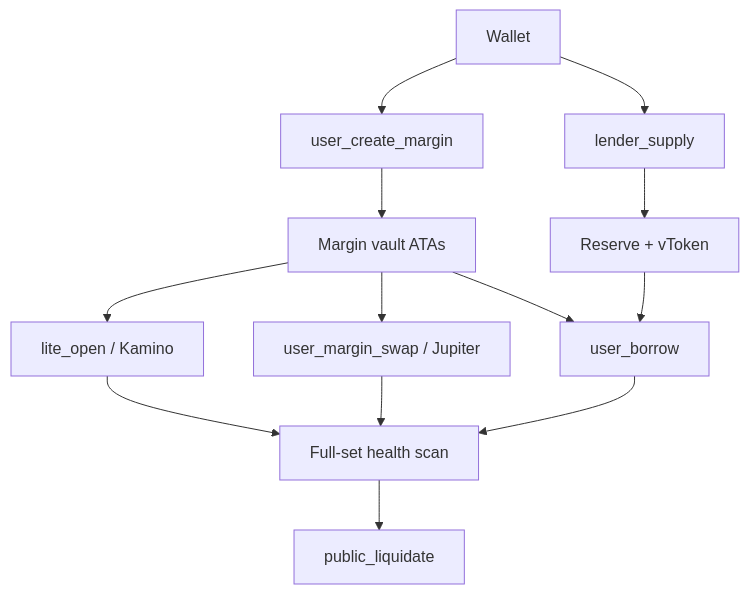
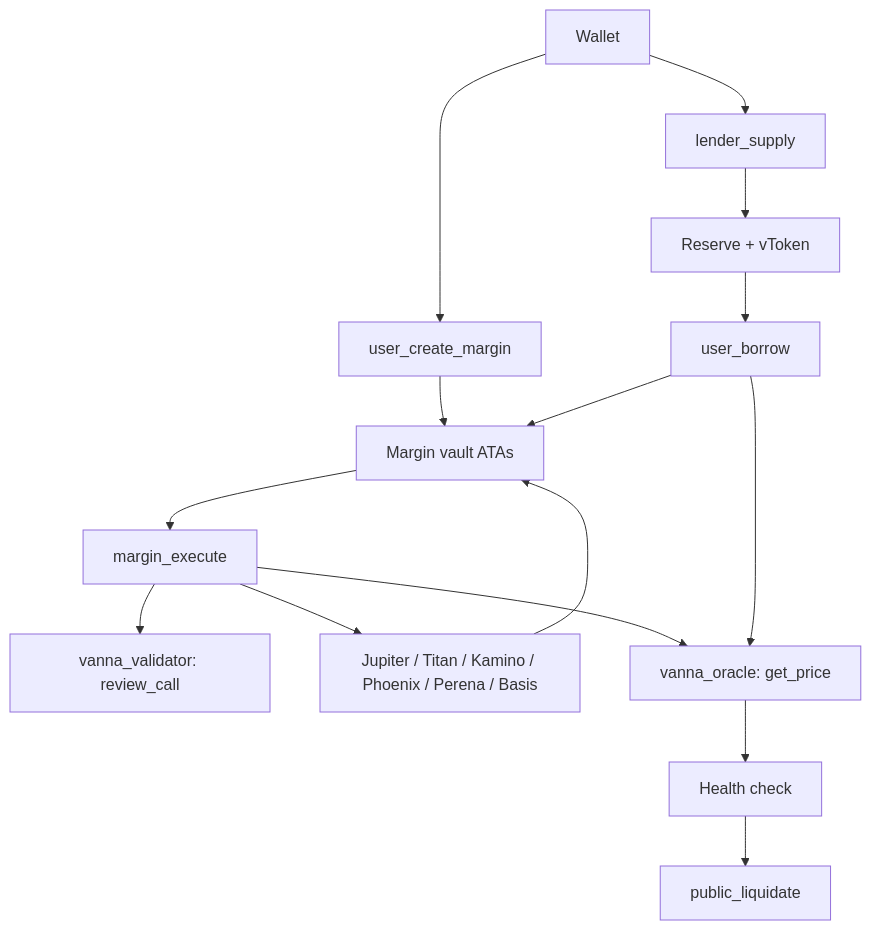
One commit to vannafinance/Solana_Docs changed the diagram in learn/protocol-architecture.mdx. Above: the diagram before and after it, drawn with Mermaid. The commit also changed other lines of this file and 125 other files, not shown here.

````diff
--- a/learn/protocol-architecture.mdx
+++ b/learn/protocol-architecture.mdx
@@ -21,15 +30,17 @@
 ```mermaid
 flowchart TD
   Wallet[Wallet] --> Earn[lender_supply]
   Earn --> Reserve[Reserve + vToken]
   Wallet --> Margin[user_create_margin]
   Margin --> Vault[Margin vault ATAs]
-  Vault --> Borrow[user_borrow]
-  Reserve --> Borrow
-  Vault --> Swap[user_margin_swap / Jupiter]
-  Vault --> Lite[lite_open / Kamino]
-  Lite --> Health[Full-set health scan]
-  Swap --> Health
-  Borrow --> Health
+  Reserve --> Borrow[user_borrow]
+  Borrow --> Vault
+  Vault --> Exec[margin_execute]
+  Exec --> Validator[vanna_validator: review_call]
+  Exec --> Venues[Jupiter / Titan / Kamino / Phoenix / Perena / Basis]
+  Venues --> Vault
+  Exec --> Oracle[vanna_oracle: get_price]
+  Borrow --> Oracle
+  Oracle --> Health[Health check]
   Health --> Liq[public_liquidate]
 ```
````
